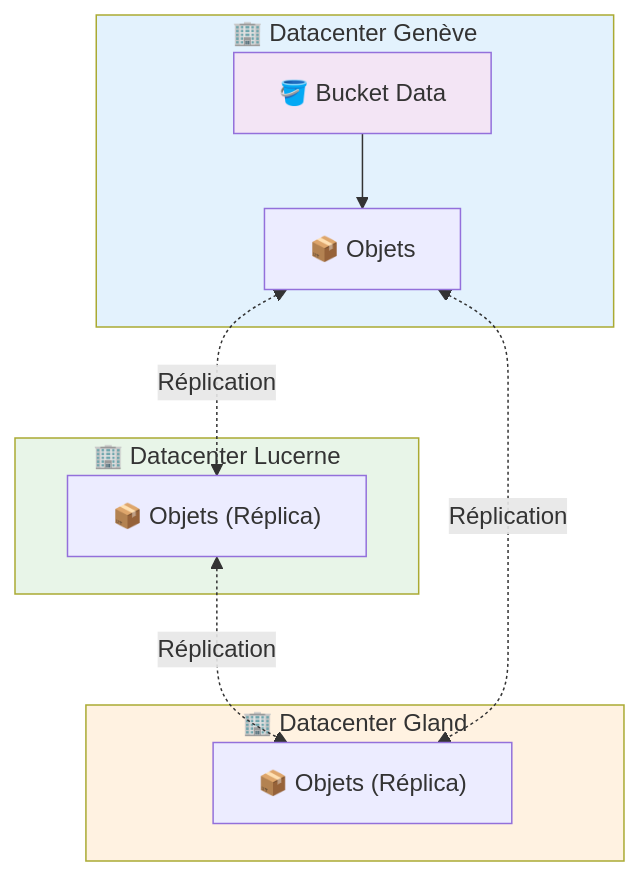
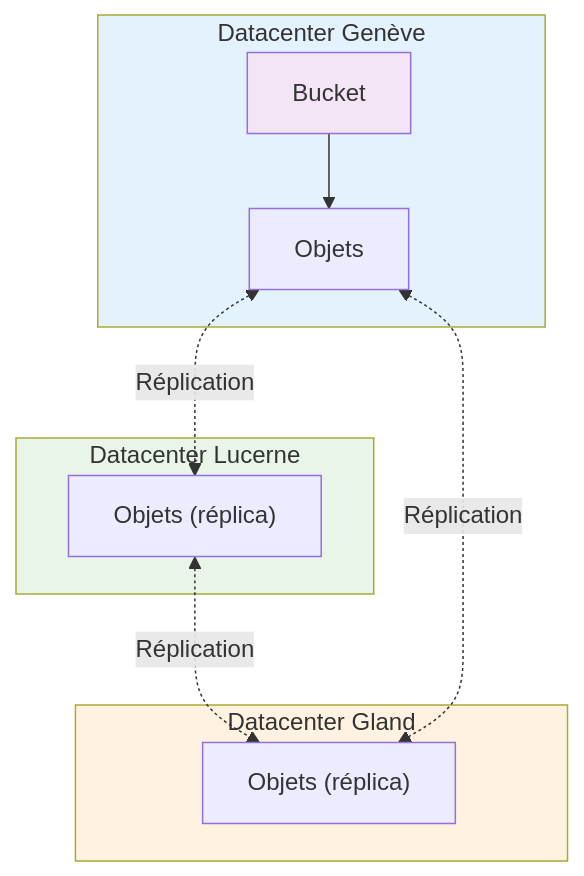
The diagram in docs/services/storage/buckets/overview.md (HidoraSwiss/hikube-public-doc), drawn with Mermaid before and after one commit. The commit also changed other lines of this file and 18 other files, not shown here.

````diff
--- a/docs/services/storage/buckets/overview.md
+++ b/docs/services/storage/buckets/overview.md
@@ -38,25 +49,25 @@
 ```mermaid
 flowchart TD
-    subgraph DC1["🏢 Datacenter Genève"]
-        B1["🪣 Bucket Data"]
-        S1["📦 Objets"]
+    subgraph DC1["Datacenter Genève"]
+        B1["Bucket"]
+        S1["Objets"]
     end
 
-    subgraph DC2["🏢 Datacenter Lucerne"]
-        S2["📦 Objets (Réplica)"]
+    subgraph DC2["Datacenter Lucerne"]
+        S2["Objets (réplica)"]
     end
 
-    subgraph DC3["🏢 Datacenter Gland"]
-        S3["📦 Objets (Réplica)"]
+    subgraph DC3["Datacenter Gland"]
+        S3["Objets (réplica)"]
     end
 
     B1 --> S1
     S1 <-.->|"Réplication"| S2
     S2 <-.->|"Réplication"| S3
     S1 <-.->|"Réplication"| S3
 
     style DC1 fill:#e3f2fd
     style DC2 fill:#e8f5e8
     style DC3 fill:#fff2e1
     style B1 fill:#f3e5f5
 ```
````
